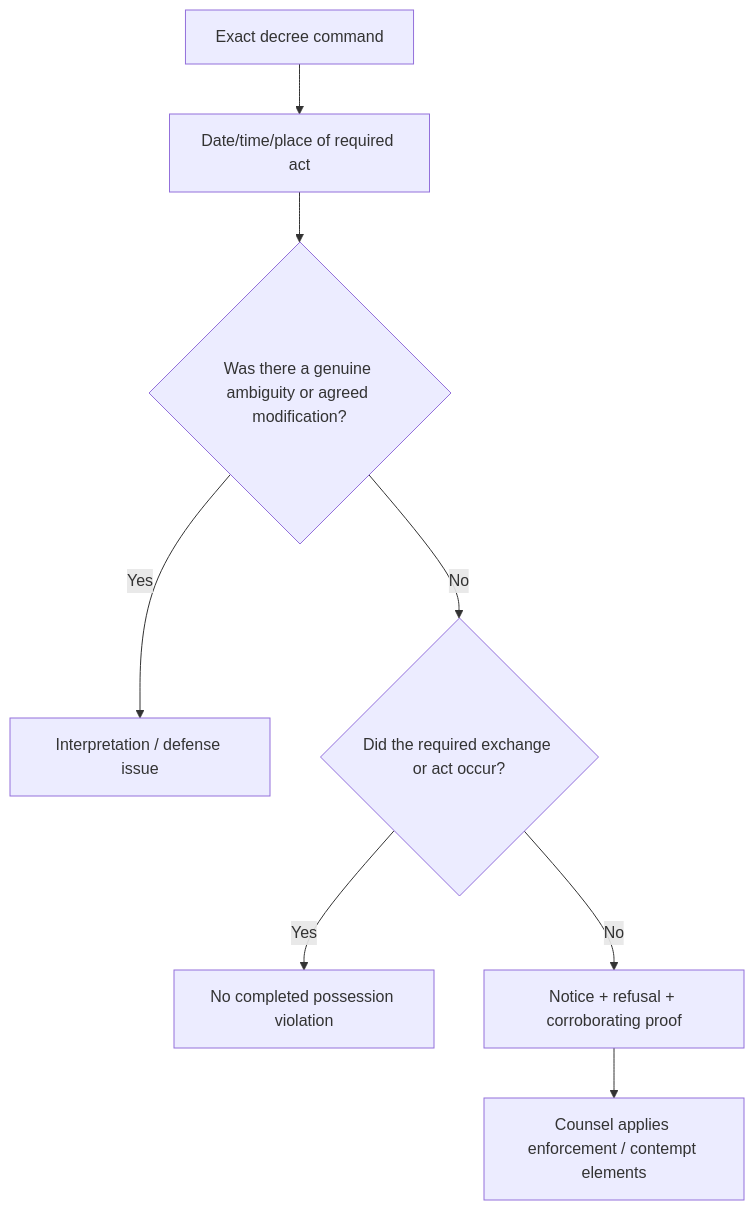
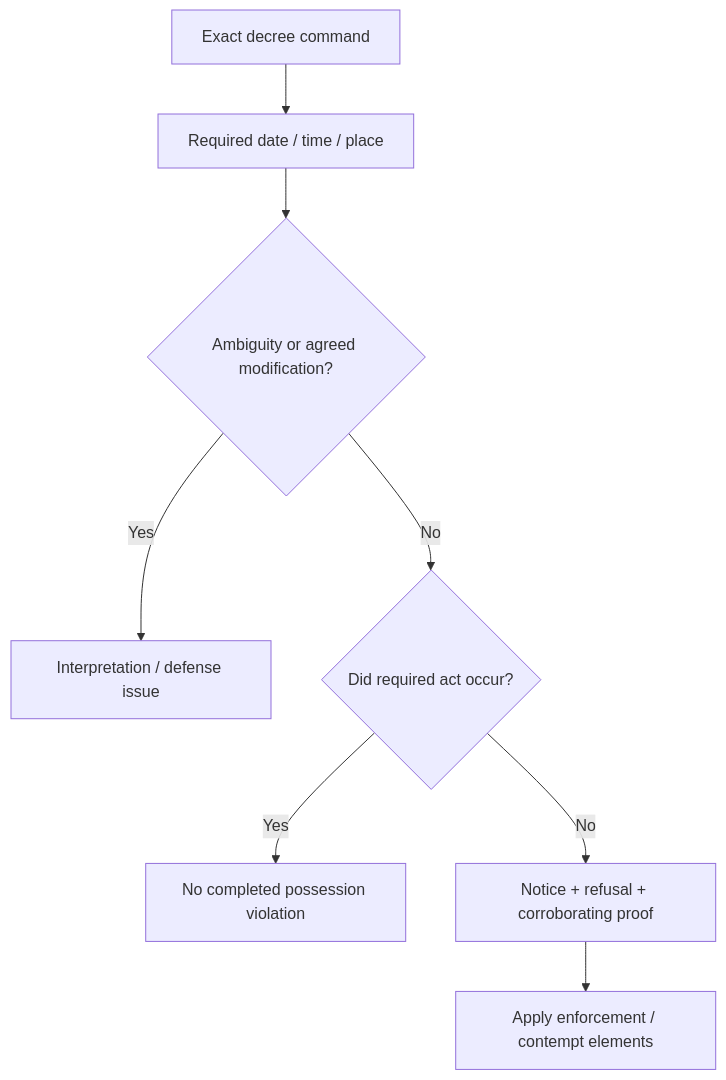
The second of 2 diagrams in README.md (ericwright85/2026-custody-file), drawn with Mermaid before and after one commit. The commit also changed other lines of this file, not shown here.

````diff
--- a/README.md
+++ b/README.md
@@ -114,10 +153,10 @@
 ```mermaid
 flowchart TD
-    A[Exact decree command] --> B[Date/time/place of required act]
-    B --> C{Was there a genuine ambiguity or agreed modification?}
+    A[Exact decree command] --> B[Required date / time / place]
+    B --> C{Ambiguity or agreed modification?}
     C -- Yes --> D[Interpretation / defense issue]
-    C -- No --> E{Did the required exchange or act occur?}
+    C -- No --> E{Did required act occur?}
     E -- Yes --> F[No completed possession violation]
     E -- No --> G[Notice + refusal + corroborating proof]
-    G --> H[Counsel applies enforcement / contempt elements]
+    G --> H[Apply enforcement / contempt elements]
 ```
````
